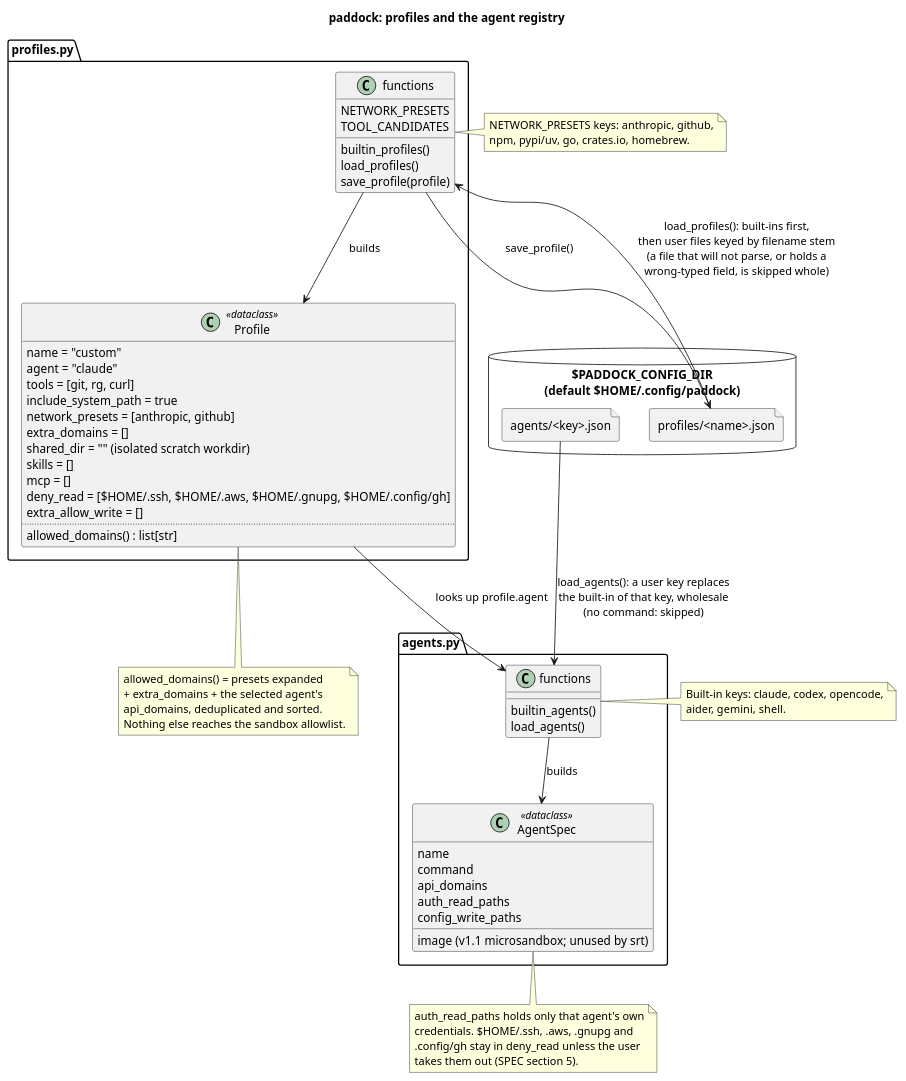
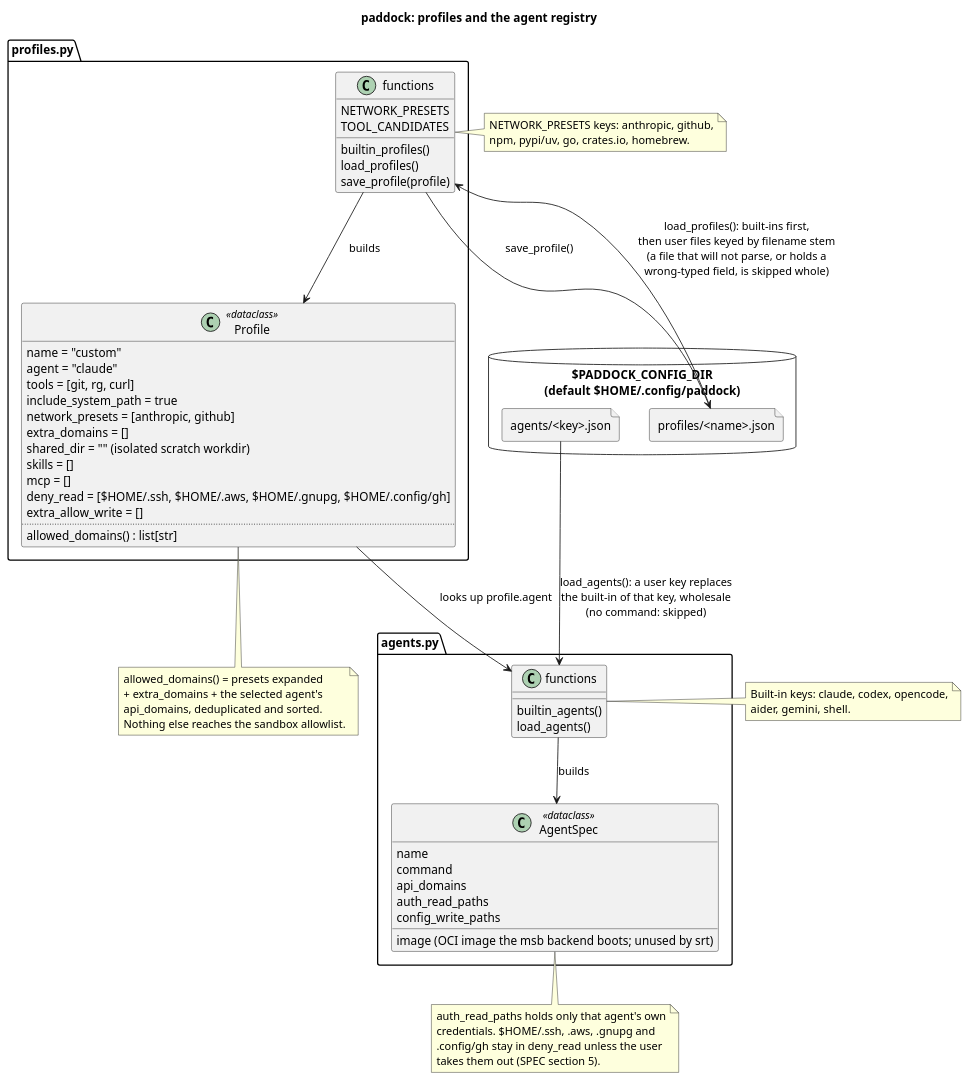
The diagram in docs/diagrams/profiles_and_agents.puml (paddock-sh/paddock), drawn with PlantUML before and after one commit. The commit also changed 11 other files, not shown here.

```diff
--- a/docs/diagrams/profiles_and_agents.puml
+++ b/docs/diagrams/profiles_and_agents.puml
@@ -1,85 +1,85 @@
 @startuml profiles_and_agents
 title paddock: profiles and the agent registry
 
 allowmixing
 set separator none
 skinparam shadowing false
 skinparam classAttributeIconSize 0
 
 package "profiles.py" {
   class Profile <<dataclass>> {
     name = "custom"
     agent = "claude"
     tools = [git, rg, curl]
     include_system_path = true
     network_presets = [anthropic, github]
     extra_domains = []
     shared_dir = "" (isolated scratch workdir)
     skills = []
     mcp = []
     deny_read = [$HOME/.ssh, $HOME/.aws, $HOME/.gnupg, $HOME/.config/gh]
     extra_allow_write = []
     ..
     allowed_domains() : list[str]
   }
   class "functions" as ProfileFns {
     NETWORK_PRESETS
     TOOL_CANDIDATES
     builtin_profiles()
     load_profiles()
     save_profile(profile)
   }
 }
 
 package "agents.py" {
   class AgentSpec <<dataclass>> {
     name
     command
     api_domains
     auth_read_paths
     config_write_paths
-    image (v1.1 microsandbox; unused by srt)
+    image (OCI image the msb backend boots; unused by srt)
   }
   class "functions" as AgentFns {
     builtin_agents()
     load_agents()
   }
 }
 
 database "$PADDOCK_CONFIG_DIR\n(default $HOME/.config/paddock)" as ConfigDir {
   file "profiles/<name>.json" as ProfileFiles
   file "agents/<key>.json" as AgentFiles
 }
 
 ProfileFns --> Profile : builds
 AgentFns --> AgentSpec : builds
 ProfileFiles --> ProfileFns : load_profiles(): built-ins first,\nthen user files keyed by filename stem\n(a file that will not parse, or holds a\nwrong-typed field, is skipped whole)
 ProfileFns --> ProfileFiles : save_profile()
 AgentFiles --> AgentFns : load_agents(): a user key replaces\nthe built-in of that key, wholesale\n(no command: skipped)
 Profile --> AgentFns : looks up profile.agent
 
 note right of ProfileFns
   NETWORK_PRESETS keys: anthropic, github,
   npm, pypi/uv, go, crates.io, homebrew.
 end note
 
 note right of AgentFns
   Built-in keys: claude, codex, opencode,
   aider, gemini, shell.
 end note
 
 note bottom of Profile
   allowed_domains() = presets expanded
   + extra_domains + the selected agent's
   api_domains, deduplicated and sorted.
   Nothing else reaches the sandbox allowlist.
 end note
 
 note bottom of AgentSpec
   auth_read_paths holds only that agent's own
   credentials. $HOME/.ssh, .aws, .gnupg and
   .config/gh stay in deny_read unless the user
   takes them out (SPEC section 5).
 end note
 
 @enduml
```
